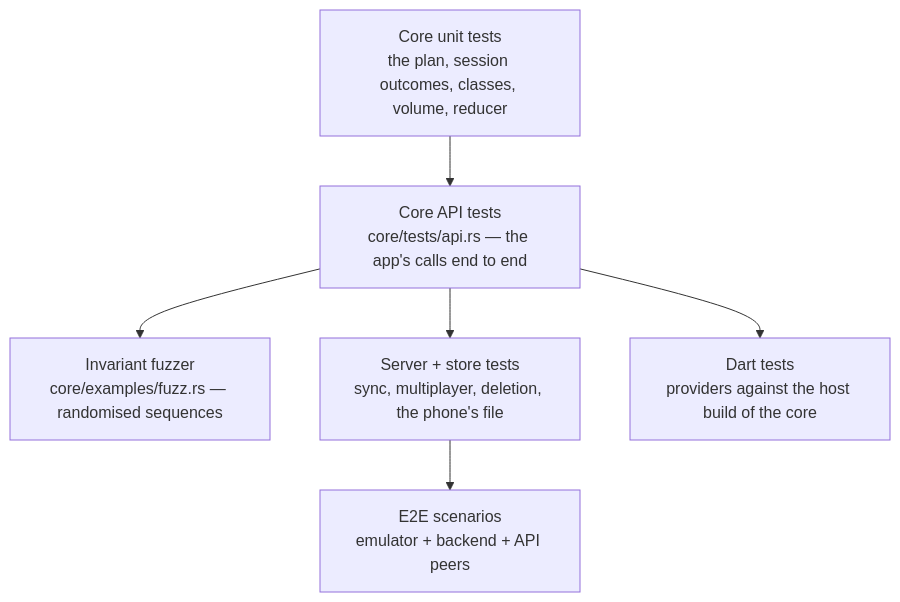
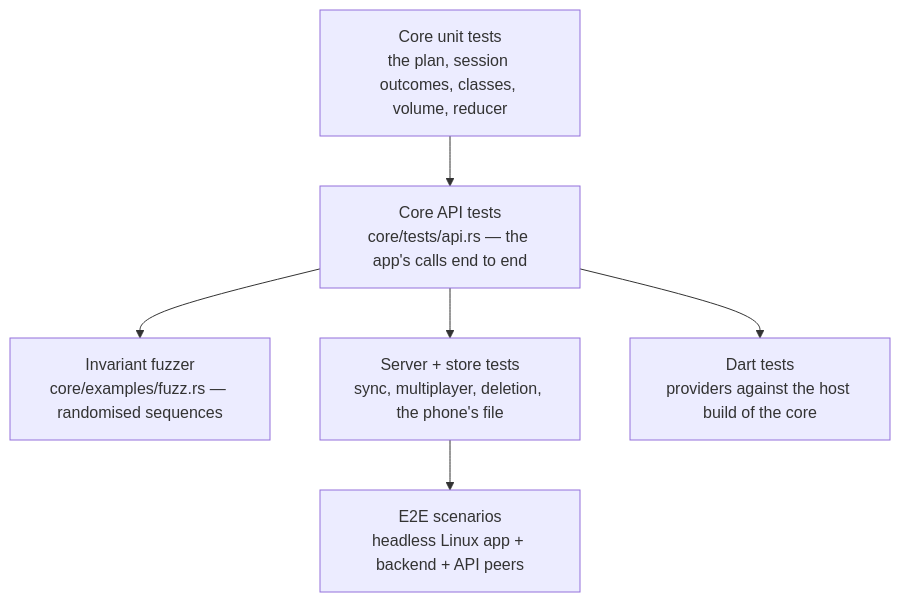
The diagram in docs/architecture/testing.md (brensch/lift), drawn with Mermaid before and after one commit. The commit also changed other lines of this file and 19 other files, not shown here.

First line of the commit message:
e2e: build once for Linux, run the scenarios side by side

````diff
--- a/docs/architecture/testing.md
+++ b/docs/architecture/testing.md
@@ -6,8 +6,8 @@
 ```mermaid
 graph TD
     A["Core unit tests<br/>the plan, session outcomes, classes, volume, reducer"] --> B["Core API tests<br/>core/tests/api.rs — the app's calls end to end"]
     B --> C["Invariant fuzzer<br/>core/examples/fuzz.rs — randomised sequences"]
     B --> D["Server + store tests<br/>sync, multiplayer, deletion, the phone's file"]
     B --> E["Dart tests<br/>providers against the host build of the core"]
-    D --> F["E2E scenarios<br/>emulator + backend + API peers"]
+    D --> F["E2E scenarios<br/>headless Linux app + backend + API peers"]
 ```
````
